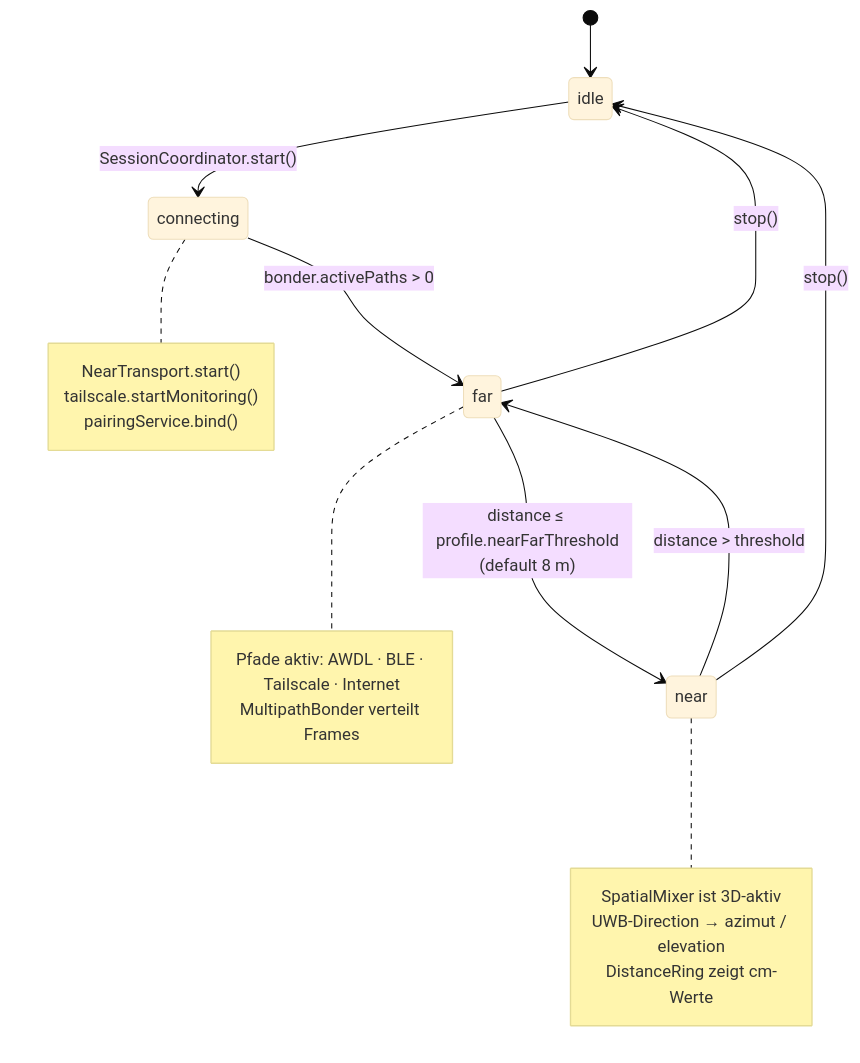
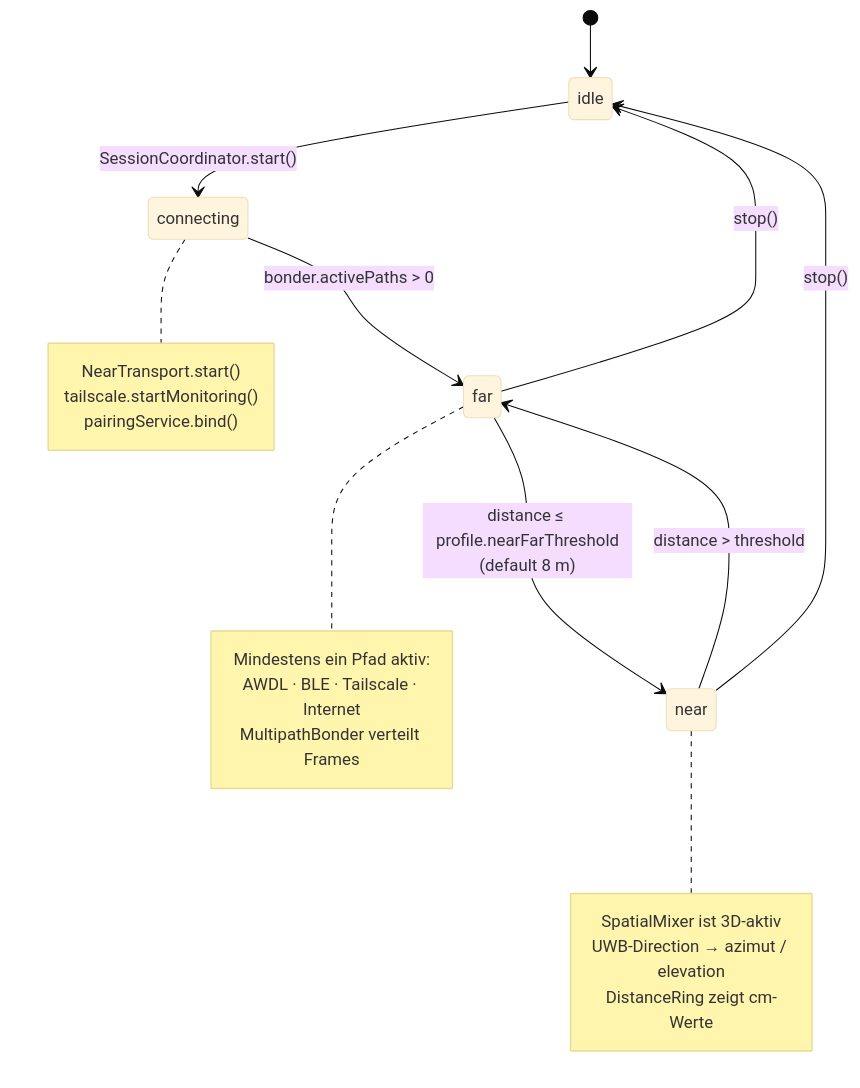
Before and after one commit to Martin-Hausleitner/Sonar: the third of 7 diagrams in README.md, drawn with Mermaid (base theme). The commit also changed other lines of this file and 60 other files, not shown here.

````diff
--- a/README.md
+++ b/README.md
@@ -239,27 +239,28 @@
 ```mermaid
 stateDiagram-v2
     [*] --> idle
     idle --> connecting: SessionCoordinator.start()
     connecting --> far: bonder.activePaths > 0
     far --> near: distance ≤ profile.nearFarThreshold<br/>(default 8 m)
     near --> far: distance > threshold
     far --> idle: stop()
     near --> idle: stop()
 
     note right of connecting
       NearTransport.start()
       tailscale.startMonitoring()
       pairingService.bind()
     end note
 
     note right of far
-      Pfade aktiv: AWDL · BLE · Tailscale · Internet
+      Mindestens ein Pfad aktiv:
+      AWDL · BLE · Tailscale · Internet
       MultipathBonder verteilt Frames
     end note
 
     note right of near
       SpatialMixer ist 3D-aktiv
       UWB-Direction → azimut / elevation
       DistanceRing zeigt cm-Werte
     end note
 ```
````
